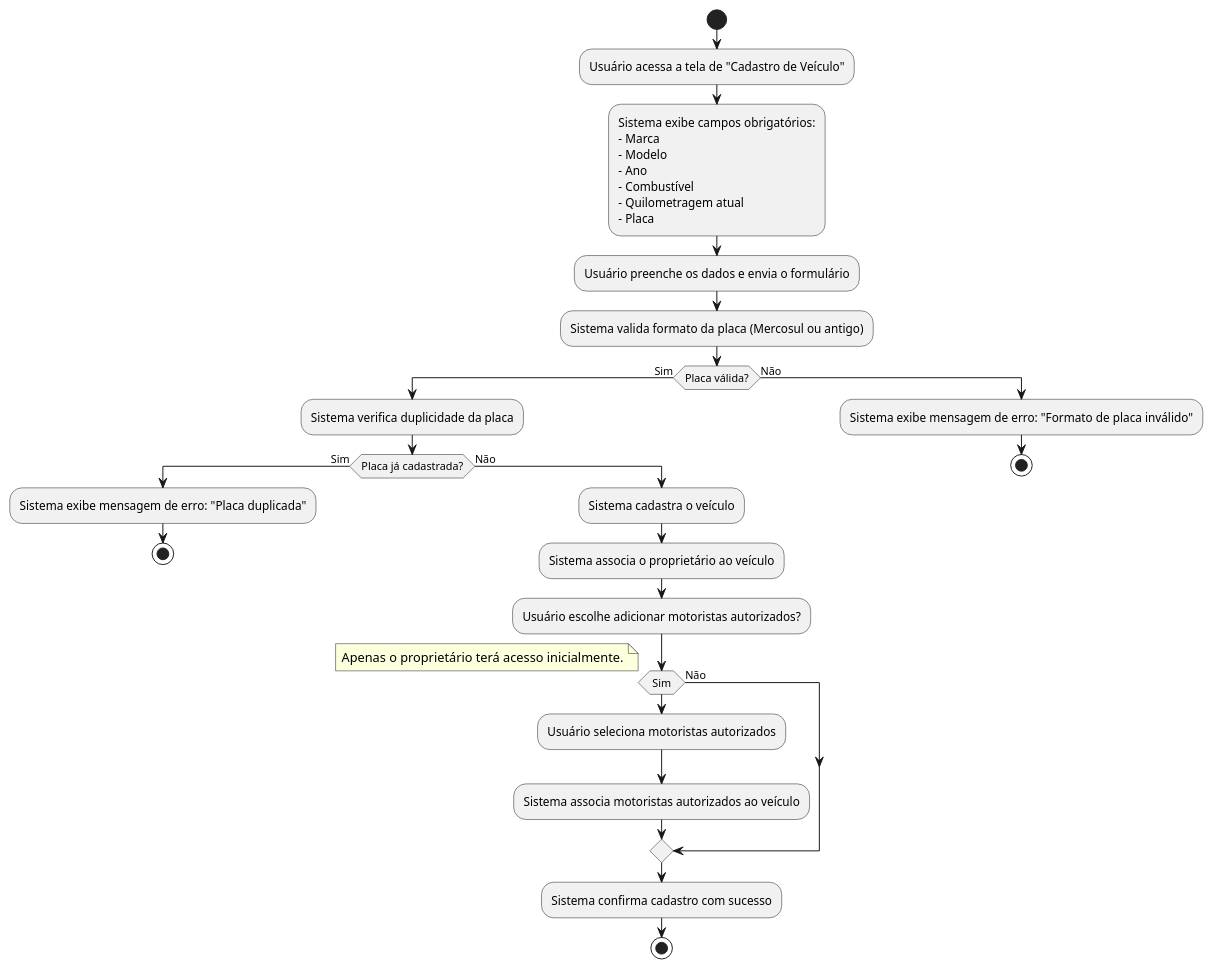
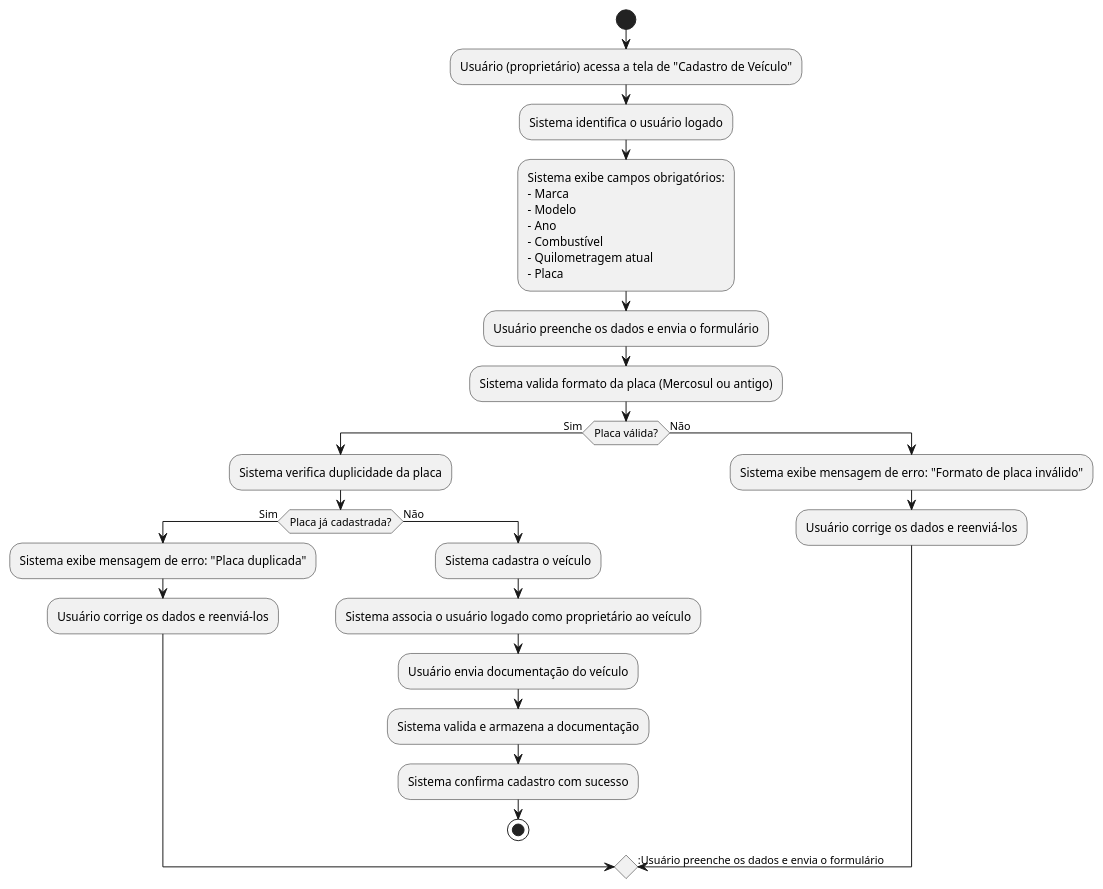
Before and after one commit to MirelleAlves/2025.1_AOO_AV: the diagram in modelos/atividade/UC_Cadastro_Veículo.md, drawn with PlantUML. The commit also changed other lines of this file, not shown here.

````diff
--- a/modelos/atividade/UC_Cadastro_Veículo.md
+++ b/modelos/atividade/UC_Cadastro_Veículo.md
@@ -12,50 +11,46 @@
 ```puml
 @startuml
 start
 
-:Usuário acessa a tela de "Cadastro de Veículo";
+:Usuário (proprietário) acessa a tela de "Cadastro de Veículo";
+:Sistema identifica o usuário logado;
 
 :Sistema exibe campos obrigatórios:
 - Marca
 - Modelo
 - Ano
 - Combustível
 - Quilometragem atual
 - Placa;
 
 :Usuário preenche os dados e envia o formulário;
 
 :Sistema valida formato da placa (Mercosul ou antigo);
 
 if (Placa válida?) then (Sim)
   :Sistema verifica duplicidade da placa;
 
   if (Placa já cadastrada?) then (Sim)
     :Sistema exibe mensagem de erro: "Placa duplicada";
-    stop
+    :Usuário corrige os dados e reenviá-los;
+    -> :Usuário preenche os dados e envia o formulário;
   else (Não)
     :Sistema cadastra o veículo;
-    :Sistema associa o proprietário ao veículo;
+    :Sistema associa o usuário logado como proprietário ao veículo;
 
-    :Usuário escolhe adicionar motoristas autorizados?;
-
-    if (Sim)
-      :Usuário seleciona motoristas autorizados;
-      :Sistema associa motoristas autorizados ao veículo;
-    else (Não)
-      note right
-      Apenas o proprietário terá acesso inicialmente.
-      end note
-    endif
+    :Usuário envia documentação do veículo;
+    :Sistema valida e armazena a documentação;
 
     :Sistema confirma cadastro com sucesso;
     stop
   endif
 
 else (Não)
   :Sistema exibe mensagem de erro: "Formato de placa inválido";
-  stop
+  :Usuário corrige os dados e reenviá-los;
+  -> :Usuário preenche os dados e envia o formulário;
 endif
 
 @enduml
+
 ```
````
